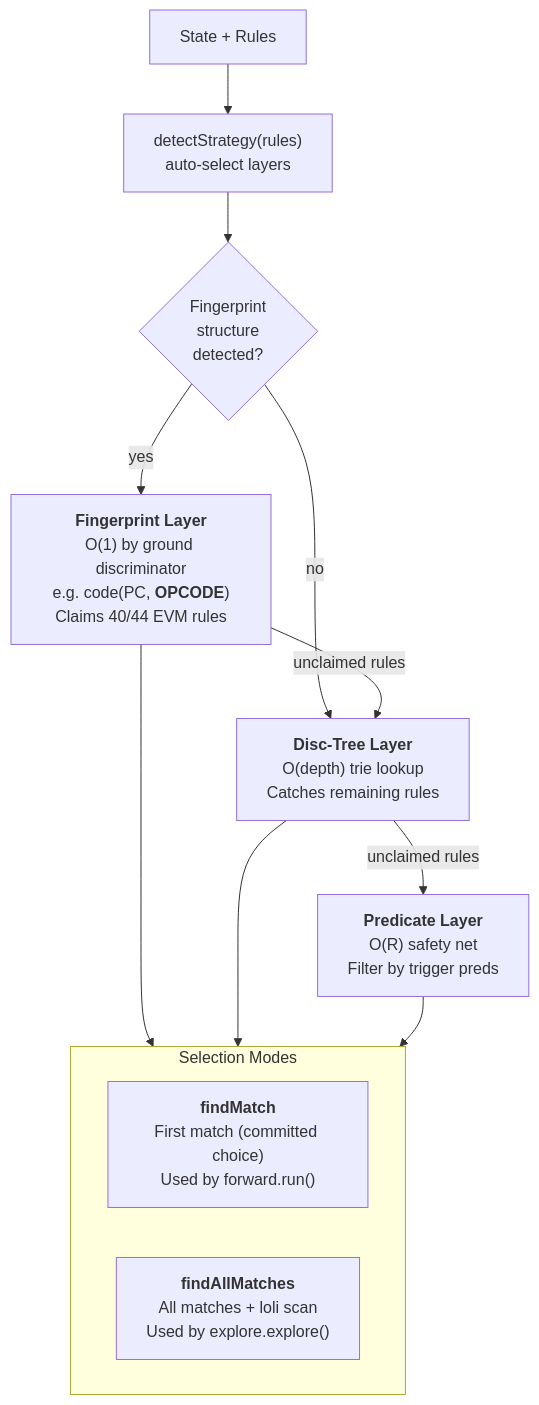
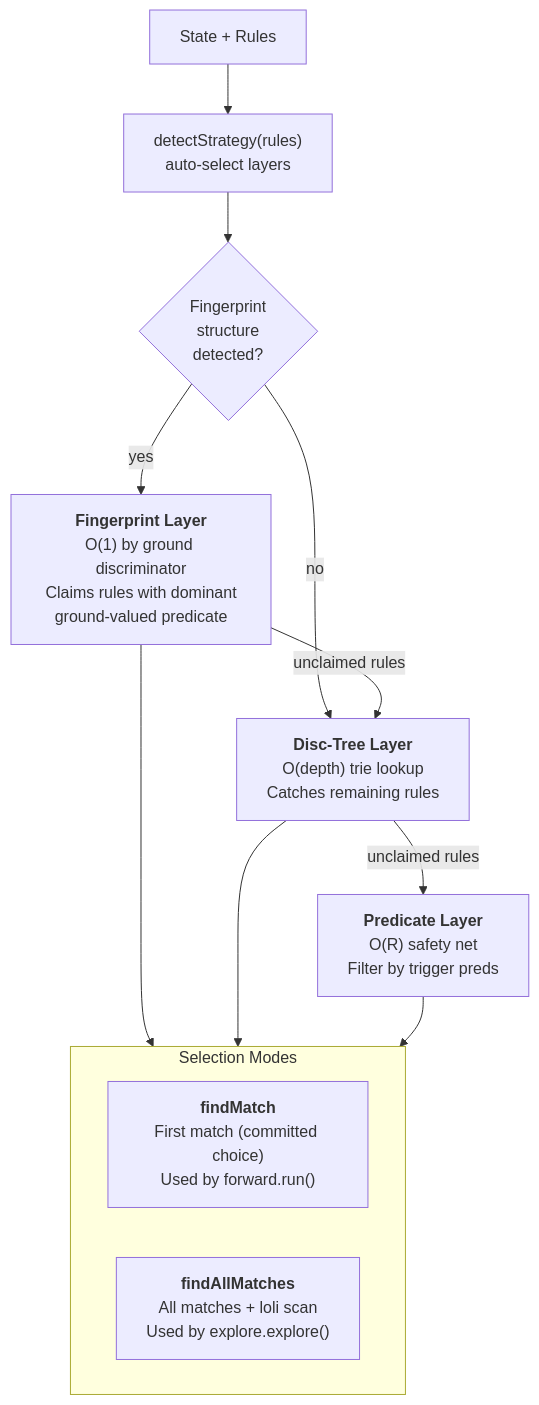
The fifth of 7 diagrams in doc/documentation/forward-chaining-engine.md (mhhf/calc), drawn with Mermaid before and after one commit. The commit also changed other lines of this file and 2 other files, not shown here.

First line of the commit message:
docs: update strategy/fingerprint/composition docs for specialization pipeline

````diff
--- a/doc/documentation/forward-chaining-engine.md
+++ b/doc/documentation/forward-chaining-engine.md
@@ -224,21 +224,21 @@
 ```mermaid
 flowchart TB
     STATE["State + Rules"] --> DETECT["detectStrategy(rules)<br/>auto-select layers"]
 
     DETECT --> FP{"Fingerprint<br/>structure<br/>detected?"}
-    FP --> |"yes"| FPLAYER["<b>Fingerprint Layer</b><br/>O(1) by ground discriminator<br/>e.g. code(PC, <b>OPCODE</b>)<br/>Claims 40/44 EVM rules"]
+    FP --> |"yes"| FPLAYER["<b>Fingerprint Layer</b><br/>O(1) by ground discriminator<br/>Claims rules with dominant<br/>ground-valued predicate"]
     FP --> |"no"| DTLAYER
 
     FPLAYER --> |"unclaimed rules"| DTLAYER["<b>Disc-Tree Layer</b><br/>O(depth) trie lookup<br/>Catches remaining rules"]
 
     DTLAYER --> |"unclaimed rules"| PREDLAYER["<b>Predicate Layer</b><br/>O(R) safety net<br/>Filter by trigger preds"]
 
     subgraph Selection["Selection Modes"]
         COMMITTED["<b>findMatch</b><br/>First match (committed choice)<br/>Used by forward.run()"]
         EXHAUSTIVE["<b>findAllMatches</b><br/>All matches + loli scan<br/>Used by explore.explore()"]
     end
 
     FPLAYER --> Selection
     DTLAYER --> Selection
     PREDLAYER --> Selection
 ```
````
